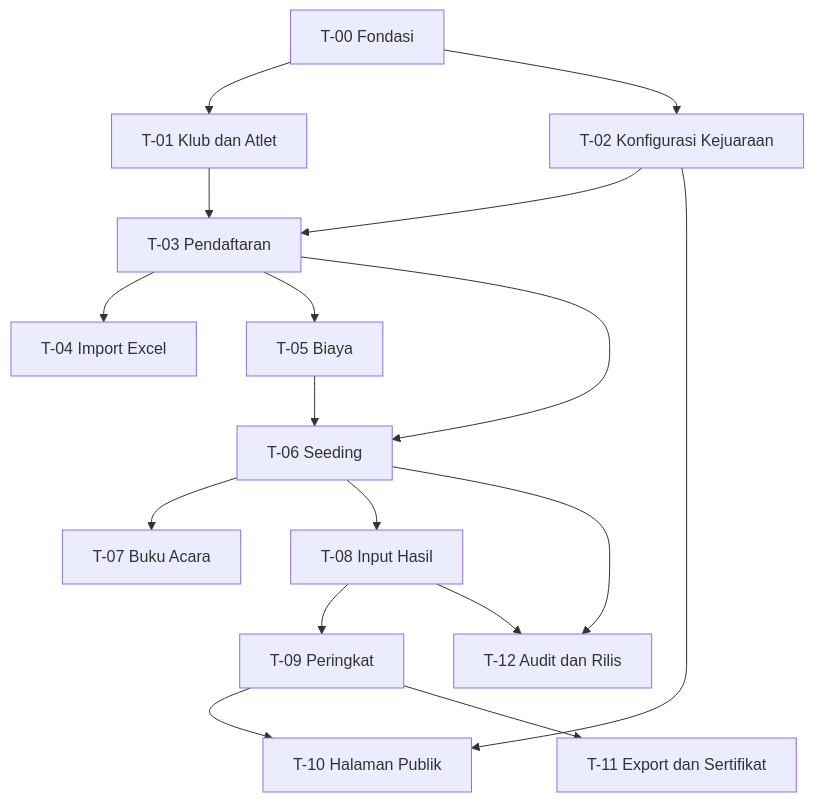
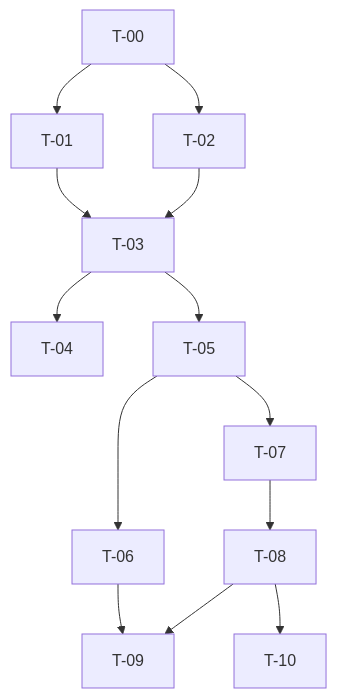
The diagram in docs/tasks/README.md (arroofi07/searia), drawn with Mermaid before and after one commit. The commit also changed other lines of this file and 183 other files, not shown here.

````diff
--- a/docs/tasks/README.md
+++ b/docs/tasks/README.md
@@ -25,19 +23,15 @@
 ```mermaid
 flowchart TD
-    T00["T-00 Fondasi"] --> T01["T-01 Klub dan Atlet"]
-    T00 --> T02["T-02 Konfigurasi Kejuaraan"]
-    T01 --> T03["T-03 Pendaftaran"]
+    T00["T-00"] --> T01["T-01"]
+    T00 --> T02["T-02"]
+    T01 --> T03["T-03"]
     T02 --> T03
-    T03 --> T04["T-04 Import Excel"]
-    T03 --> T05["T-05 Biaya"]
-    T03 --> T06["T-06 Seeding"]
-    T05 --> T06
-    T06 --> T07["T-07 Buku Acara"]
-    T06 --> T08["T-08 Input Hasil"]
-    T08 --> T09["T-09 Peringkat"]
-    T09 --> T10["T-10 Halaman Publik"]
-    T09 --> T11["T-11 Export dan Sertifikat"]
-    T02 --> T10
-    T06 --> T12["T-12 Audit dan Rilis"]
-    T08 --> T12
+    T03 --> T04["T-04"]
+    T03 --> T05["T-05"]
+    T05 --> T06["T-06"]
+    T05 --> T07["T-07"]
+    T07 --> T08["T-08"]
+    T08 --> T09["T-09"]
+    T06 --> T09
+    T08 --> T10["T-10"]
 ```
````
